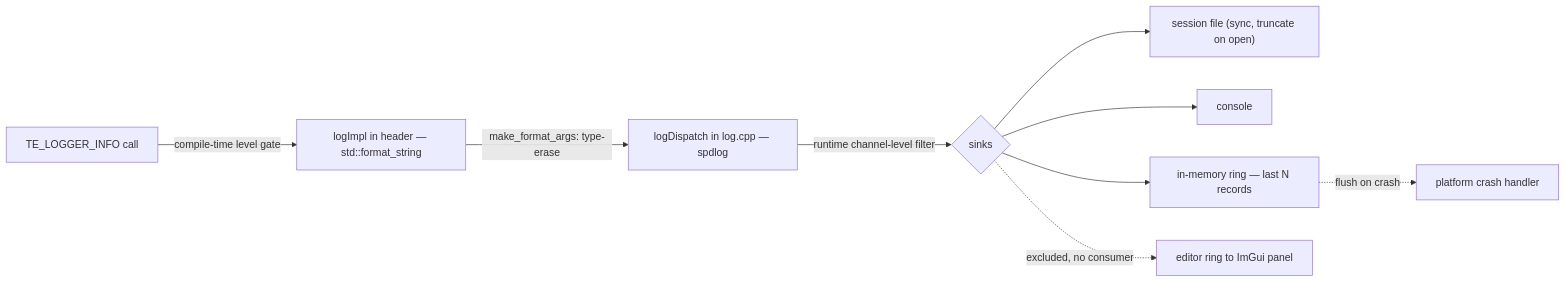
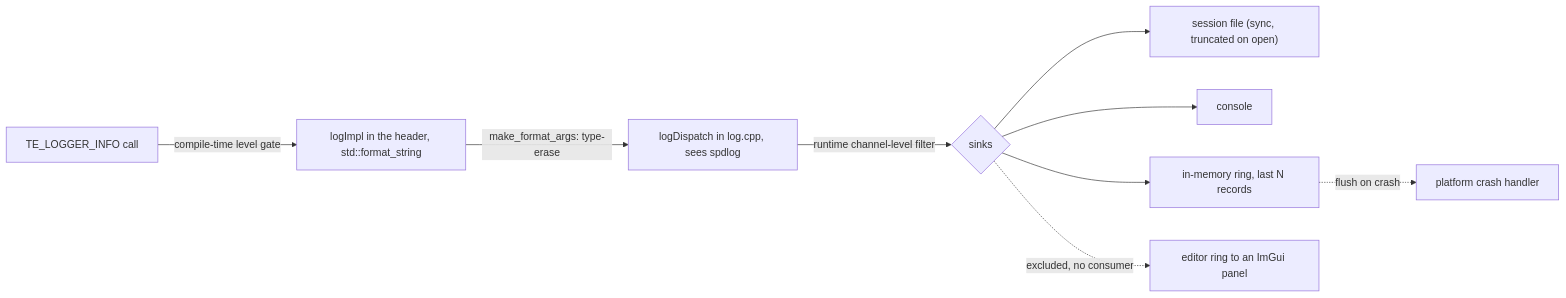
One commit to techattackteam/TechEngine-vault changed the diagram in 04 Design Docs/Utilities/Logger — Design.md. Above: the diagram before and after it, drawn with Mermaid. The commit also changed other lines of this file and 16 other files, not shown here.

````diff
--- a/04 Design Docs/Utilities/Logger — Design.md
+++ b/04 Design Docs/Utilities/Logger — Design.md
@@ -55,11 +78,11 @@
 ```mermaid
 flowchart LR
-  A["TE_LOGGER_INFO call"] -->|compile-time level gate| B["logImpl in header — std::format_string"]
-  B -->|make_format_args: type-erase| C["logDispatch in log.cpp — spdlog"]
+  A["TE_LOGGER_INFO call"] -->|compile-time level gate| B["logImpl in the header, std::format_string"]
+  B -->|"make_format_args: type-erase"| C["logDispatch in log.cpp, sees spdlog"]
   C -->|runtime channel-level filter| D{sinks}
-  D --> F["session file (sync, truncate on open)"]
+  D --> F["session file (sync, truncated on open)"]
   D --> H["console"]
-  D --> R["in-memory ring — last N records"]
+  D --> R["in-memory ring, last N records"]
   R -. flush on crash .-> G["platform crash handler"]
-  D -. excluded, no consumer .-> E["editor ring to ImGui panel"]
+  D -. excluded, no consumer .-> E["editor ring to an ImGui panel"]
 ```
````
